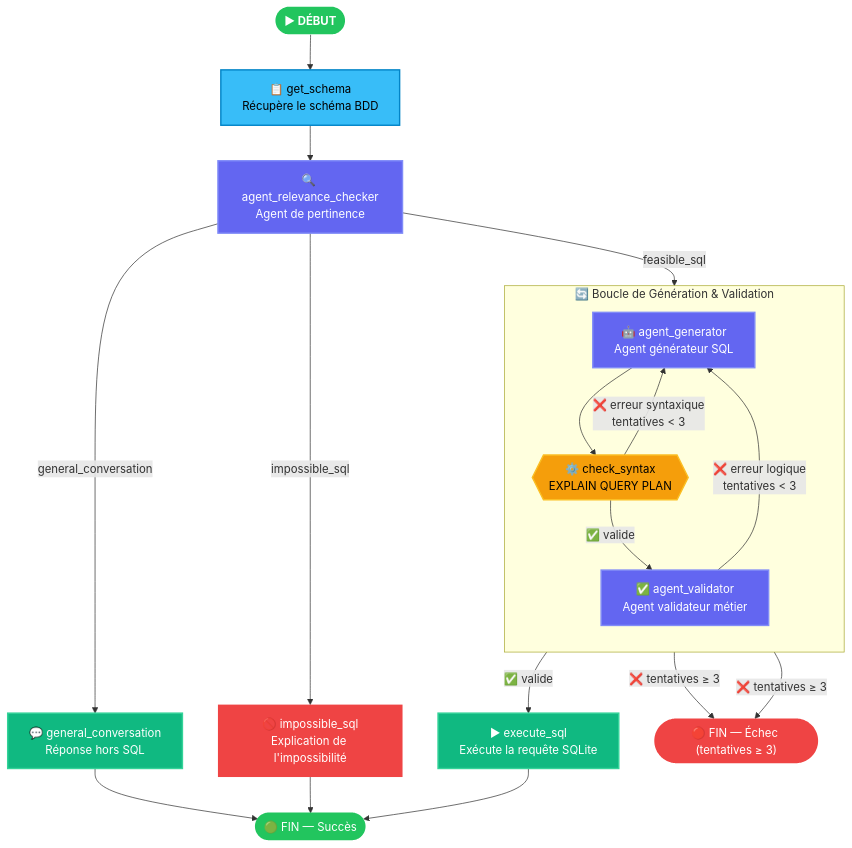
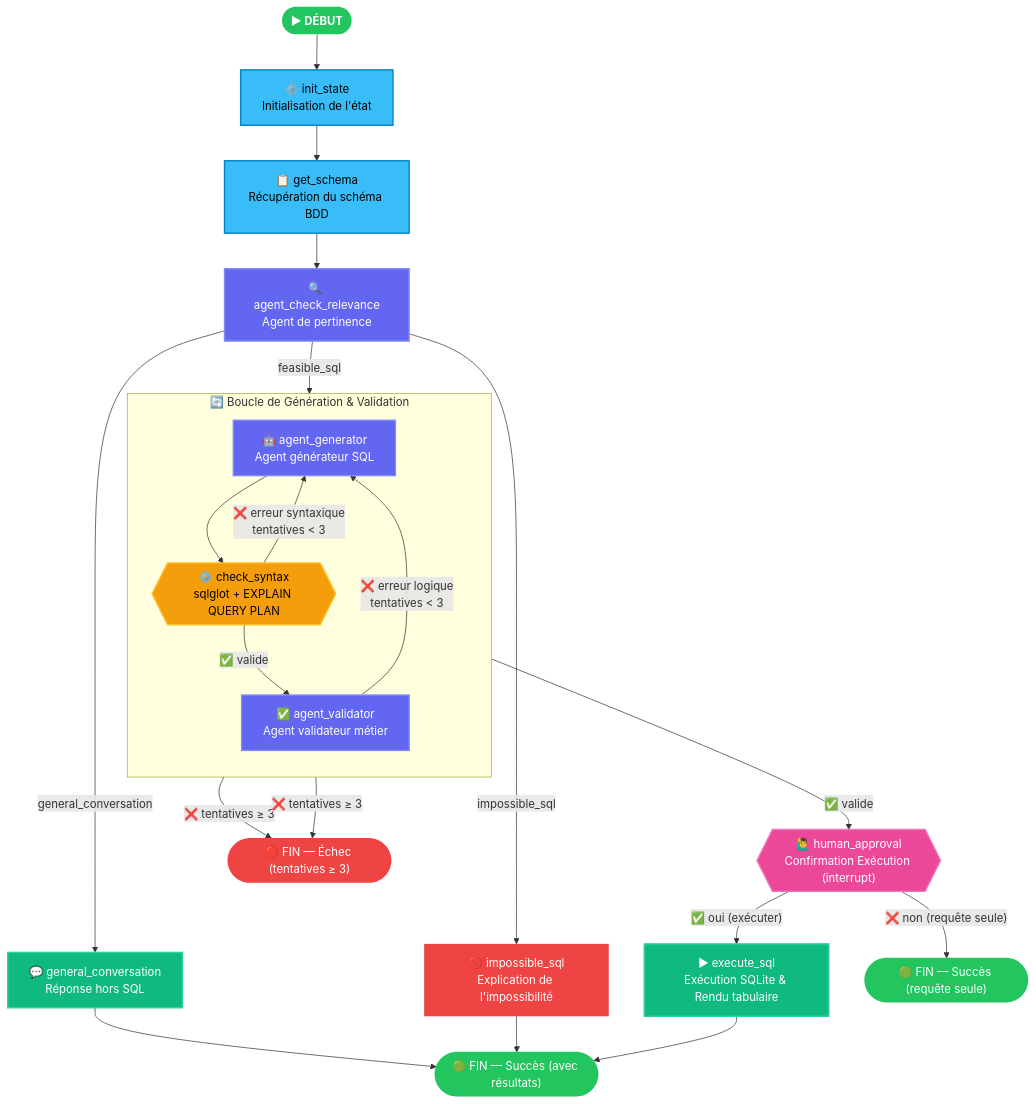
Before and after one commit to Julian-Gaye/TextToSQL: the first of 2 diagrams in README.md, drawn with Mermaid. The commit also changed other lines of this file, not shown here.

````diff
--- a/README.md
+++ b/README.md
@@ -29,50 +32,59 @@
 ```mermaid
 flowchart TD
     START(["▶ DÉBUT"]):::startNode
 
-    SCHEMA["📋 get_schema\nRécupère le schéma BDD"]:::node
-    REL["🔍 agent_relevance_checker\nAgent de pertinence"]:::agentNode
+    INIT["⚙️ init_state\nInitialisation de l'état"]:::node
+    SCHEMA["📋 get_schema\nRécupération du schéma BDD"]:::node
+    REL["🔍 agent_check_relevance\nAgent de pertinence"]:::agentNode
 
     GEN_CONV["💬 general_conversation\nRéponse hors SQL"]:::execNode
     IMP_SQL["🚫 impossible_sql\nExplication de l'impossibilité"]:::failNode
 
     subgraph LOOP ["🔄 Boucle de Génération & Validation"]
         direction TB
         GEN["🤖 agent_generator\nAgent générateur SQL"]:::agentNode
-        SYN{{"⚙️ check_syntax\nEXPLAIN QUERY PLAN"}}:::syntaxNode
+        SYN{{"⚙️ check_syntax\nsqlglot + EXPLAIN QUERY PLAN"}}:::syntaxNode
         VAL["✅ agent_validator\nAgent validateur métier"]:::agentNode
     end
 
-    EXEC["▶ execute_sql\nExécute la requête SQLite"]:::execNode
-    END_OK(["🟢 FIN — Succès"]):::successNode
+    HUMAN{{"🙋‍♂️ human_approval\nConfirmation Exécution (interrupt)"}}:::humanNode
+    EXEC["▶ execute_sql\nExécution SQLite & Rendu tabulaire"]:::execNode
+
+    END_OK(["🟢 FIN — Succès (avec résultats)"]):::successNode
+    END_NO_EXEC(["🟢 FIN — Succès (requête seule)"]):::successNode
     END_ERR(["🔴 FIN — Échec (tentatives ≥ 3)"]):::failNode
 
-    START --> SCHEMA
+    START --> INIT
+    INIT --> SCHEMA
     SCHEMA --> REL
 
     REL -- "general_conversation" --> GEN_CONV
     REL -- "impossible_sql" --> IMP_SQL
     REL -- "feasible_sql" --> GEN
 
     GEN --> SYN
 
     SYN -- "✅ valide" --> VAL
     SYN -- "❌ erreur syntaxique\ntentatives < 3" --> GEN
     SYN -- "❌ tentatives ≥ 3" --> END_ERR
 
-    VAL -- "✅ valide" --> EXEC
+    VAL -- "✅ valide" --> HUMAN
     VAL -- "❌ erreur logique\ntentatives < 3" --> GEN
     VAL -- "❌ tentatives ≥ 3" --> END_ERR
+
+    HUMAN -- "✅ oui (exécuter)" --> EXEC
+    HUMAN -- "❌ non (requête seule)" --> END_NO_EXEC
 
     GEN_CONV --> END_OK
     IMP_SQL --> END_OK
     EXEC --> END_OK
 
     classDef startNode   fill:#22c55e,color:#fff,stroke:none,font-weight:bold
     classDef agentNode   fill:#6366f1,color:#fff,stroke:#818cf8,stroke-width:2px
     classDef node        fill:#38bdf8,color:#000,stroke:#0284c7,stroke-width:2px
     classDef syntaxNode  fill:#f59e0b,color:#000,stroke:#fbbf24,stroke-width:2px
+    classDef humanNode   fill:#ec4899,color:#fff,stroke:#f472b6,stroke-width:2px
     classDef execNode    fill:#10b981,color:#fff,stroke:#34d399,stroke-width:2px
     classDef failNode    fill:#ef4444,color:#fff,stroke:none
     classDef successNode fill:#22c55e,color:#fff,stroke:none
 ```
````
